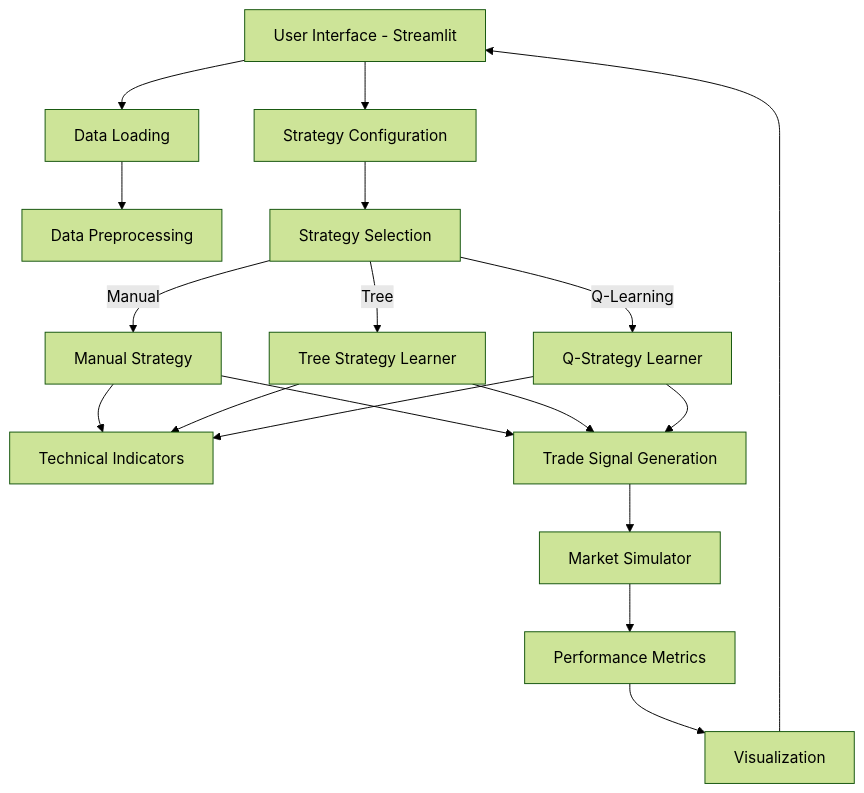
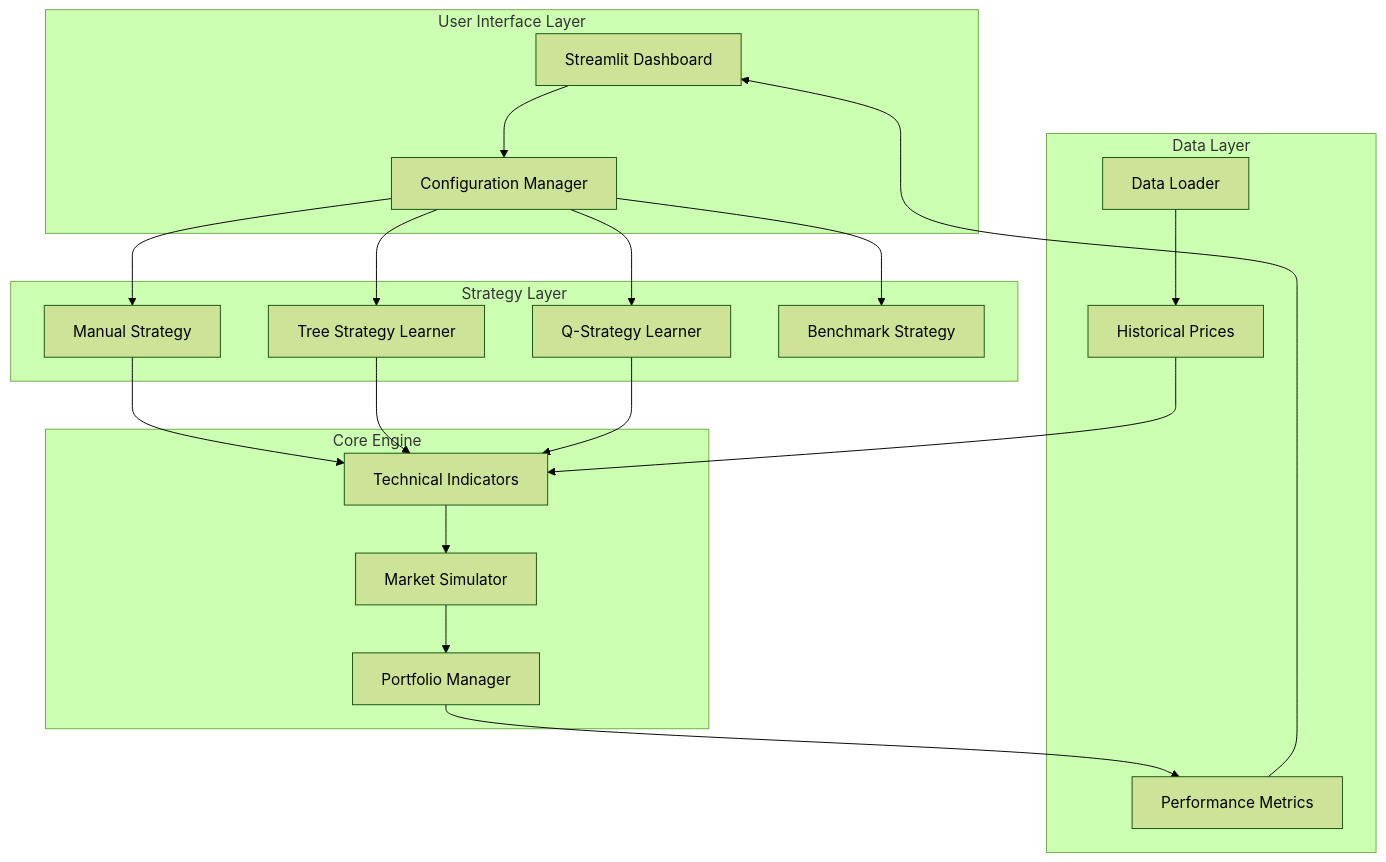
One commit to Adredes-weslee/ML-Trading-Strategist changed the diagram in README.md. Above: the diagram before and after it, drawn with Mermaid (forest theme). The commit also changed other lines of this file, not shown here.

````diff
--- a/README.md
+++ b/README.md
@@ -143,24 +162,44 @@
 ```mermaid
-graph TD
-    A[User Interface - Streamlit] --> B[Strategy Configuration]
-    A --> C[Data Loading]
-    C --> D[Data Preprocessing]
-    B --> E[Strategy Selection]
+graph TB
+    subgraph "User Interface Layer"
+        A[Streamlit Dashboard]
+        B[Configuration Manager]
+    end
     
-    E -->|Manual| F[Manual Strategy]
-    E -->|Tree| G[Tree Strategy Learner]
-    E -->|Q-Learning| H[Q-Strategy Learner]
+    subgraph "Strategy Layer"
+        C[Manual Strategy]
+        D[Tree Strategy Learner]
+        E[Q-Strategy Learner]
+        F[Benchmark Strategy]
+    end
     
-    F --> I[Technical Indicators]
-    G --> I
+    subgraph "Core Engine"
+        G[Technical Indicators]
+        H[Market Simulator]
+        I[Portfolio Manager]
+    end
+    
+    subgraph "Data Layer"
+        J[Data Loader]
+        K[Historical Prices]
+        L[Performance Metrics]
+    end
+    
+    A --> B
+    B --> C
+    B --> D
+    B --> E
+    B --> F
+    
+    C --> G
+    D --> G
+    E --> G
+    
+    G --> H
     H --> I
+    I --> L
     
-    F --> J[Trade Signal Generation]
-    G --> J
-    H --> J
-    
-    J --> K[Market Simulator]
-    K --> L[Performance Metrics]
-    L --> M[Visualization]
-    M --> A
+    J --> K
+    K --> G
+    L --> A
 ```
````
